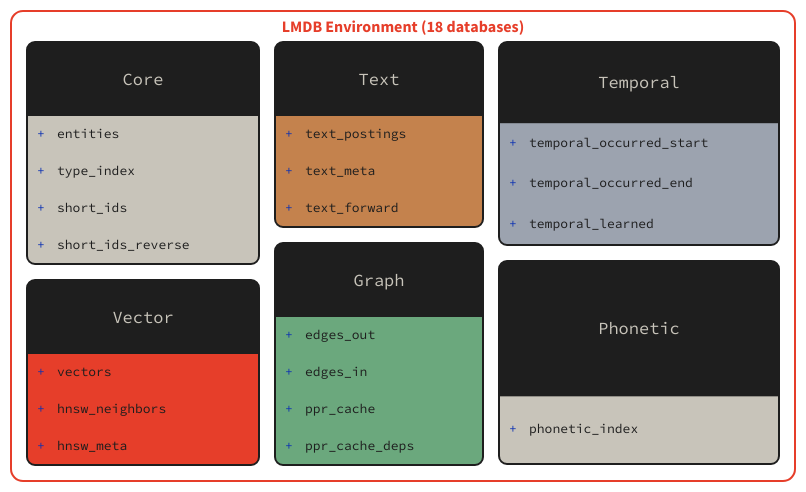
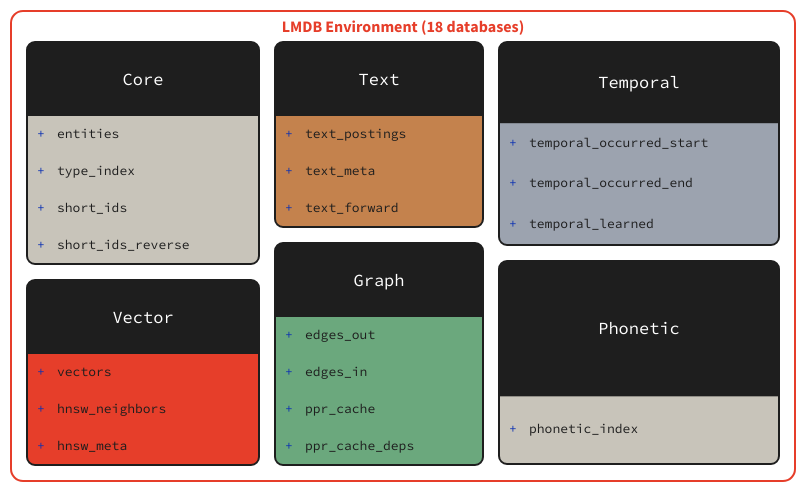
One commit to oneiron-dev/oneiron changed the diagram in docs/storage-dark.d2. Above: the diagram before and after it, drawn with D2. The commit also changed 7 other files, not shown here.

```diff
--- a/docs/storage-dark.d2
+++ b/docs/storage-dark.d2
@@ -1,97 +1,97 @@
 direction: down
 
 vault: LMDB Environment (18 databases) {
   style.fill: transparent
   style.stroke: "#E63E2A"
   style.border-radius: 12
   style.font-color: "#E63E2A"
   style.font-size: 16
   style.bold: true
 
   grid-columns: 3
   grid-gap: 16
 
   core: "Core" {
     shape: class
     style.fill: "#1E1E1E"
     style.stroke: "#C8C4BA"
     style.border-radius: 8
-    style.font-color: "#C8C4BA"
+    style.font-color: "#ffffff"
     style.font-size: 13
 
 
     entities
     type_index
     short_ids
     short_ids_reverse
   }
 
   vector: "Vector" {
     shape: class
     style.fill: "#1E1E1E"
     style.stroke: "#E63E2A"
     style.border-radius: 8
-    style.font-color: "#C8C4BA"
+    style.font-color: "#ffffff"
     style.font-size: 13
 
 
     vectors
     hnsw_neighbors
     hnsw_meta
   }
 
   text: "Text" {
     shape: class
     style.fill: "#1E1E1E"
     style.stroke: "#C4824D"
     style.border-radius: 8
-    style.font-color: "#C8C4BA"
+    style.font-color: "#ffffff"
     style.font-size: 13
 
 
     text_postings
     text_meta
     text_forward
   }
 
   graph: "Graph" {
     shape: class
     style.fill: "#1E1E1E"
     style.stroke: "#6BA87D"
     style.border-radius: 8
-    style.font-color: "#C8C4BA"
+    style.font-color: "#ffffff"
     style.font-size: 13
 
 
     edges_out
     edges_in
     ppr_cache
     ppr_cache_deps
   }
 
   temporal: "Temporal" {
     shape: class
     style.fill: "#1E1E1E"
     style.stroke: "#9CA3AF"
     style.border-radius: 8
-    style.font-color: "#C8C4BA"
+    style.font-color: "#ffffff"
     style.font-size: 13
 
 
     temporal_occurred_start
     temporal_occurred_end
     temporal_learned
   }
 
   phonetic: "Phonetic" {
     shape: class
     style.fill: "#1E1E1E"
     style.stroke: "#C8C4BA"
     style.border-radius: 8
-    style.font-color: "#C8C4BA"
+    style.font-color: "#ffffff"
     style.font-size: 13
 
 
     phonetic_index
   }
 }
```
